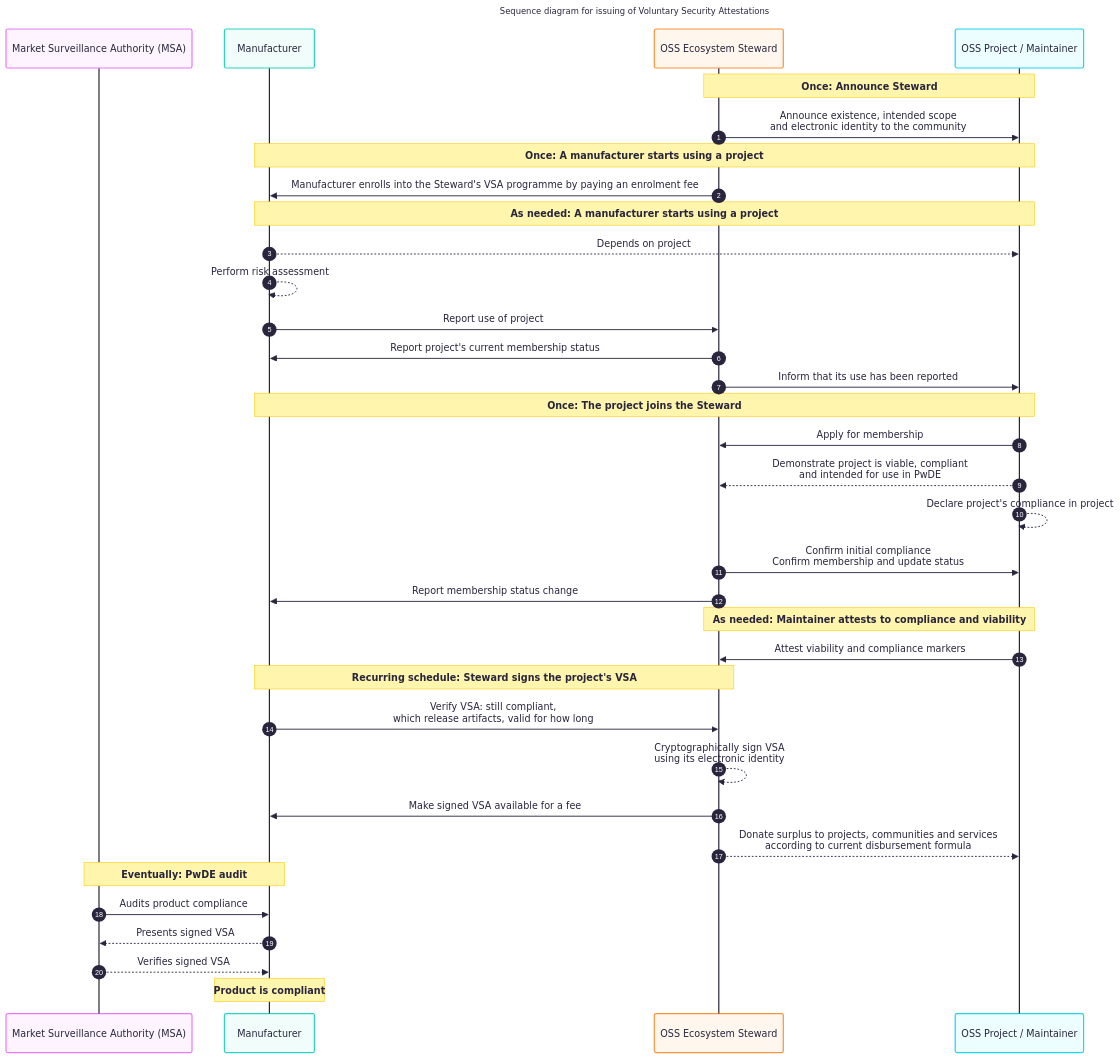
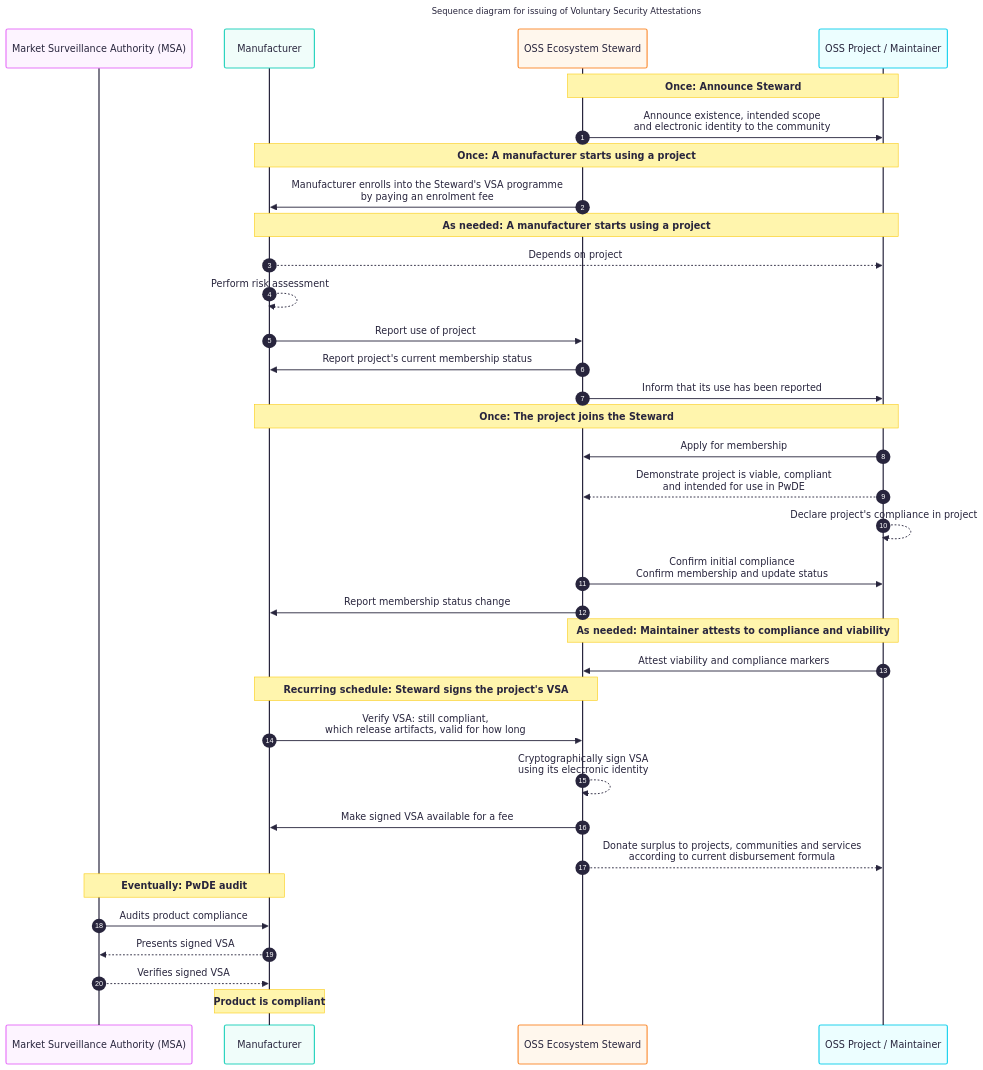
Before and after one commit to CPAN-Security/security.metacpan.org: the diagram in docs/ecosystem-steward.md, drawn with Mermaid.

Commit message:
Break long line in diagram in two.

````diff
--- a/docs/ecosystem-steward.md
+++ b/docs/ecosystem-steward.md
@@ -263,43 +263,43 @@
 ```mermaid
 ---
 title: Sequence diagram for issuing of Voluntary Security Attestations
 config:
     theme: redux-color
     layout: elk
     look: classic
 ---
 sequenceDiagram
     autonumber
     participant MSA as Market Surveillance Authority (MSA)
     participant MFG as Manufacturer
     participant ES as OSS Ecosystem Steward
     participant OSS as OSS Project / Maintainer
     note over ES,OSS: Once: Announce Steward
     ES->>OSS: Announce existence, intended scope<br>and electronic identity to the community
     note over MFG,OSS: Once: A manufacturer starts using a project
-    ES->>MFG: Manufacturer enrolls into the Steward's VSA programme by paying an enrolment fee
+    ES->>MFG: Manufacturer enrolls into the Steward's VSA programme<br>by paying an enrolment fee
     note over MFG,OSS: As needed: A manufacturer starts using a project
     MFG-->>OSS: Depends on project
     MFG-->>MFG: Perform risk assessment
     MFG->>ES: Report use of project
     ES->>MFG: Report project's current membership status
     ES->>OSS: Inform that its use has been reported
     note over MFG,OSS: Once: The project joins the Steward
     OSS->>ES: Apply for membership
     OSS-->>ES: Demonstrate project is viable, compliant<br>and intended for use in PwDE
     OSS-->>OSS: Declare project's compliance in project
     ES->>OSS: Confirm initial compliance<br>Confirm membership and update status
     ES->>MFG: Report membership status change
     note over ES,OSS: As needed: Maintainer attests to compliance and viability
     OSS->>ES: Attest viability and compliance markers
     note over MFG,ES: Recurring schedule: Steward signs the project's VSA
     MFG->>ES: Verify VSA: still compliant,<br>which release artifacts, valid for how long
     ES-->>ES: Cryptographically sign VSA<br>using its electronic identity
     ES->>MFG: Make signed VSA available for a fee
     ES-->>OSS: Donate surplus to projects, communities and services<br>according to current disbursement formula
     note over MSA,MFG: Eventually: PwDE audit
     MSA->>MFG: Audits product compliance
     MFG-->>MSA: Presents signed VSA
     MSA-->>MFG: Verifies signed VSA
     note over MFG: Product is compliant
 ```
````
